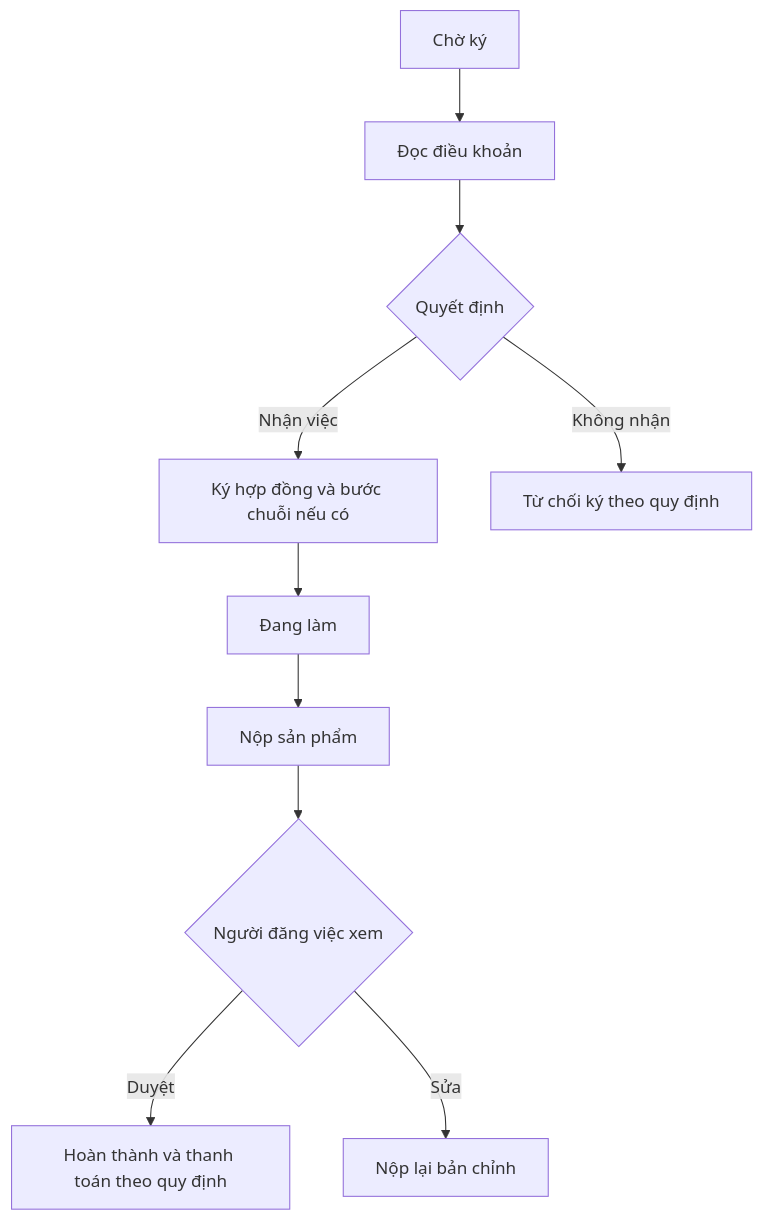
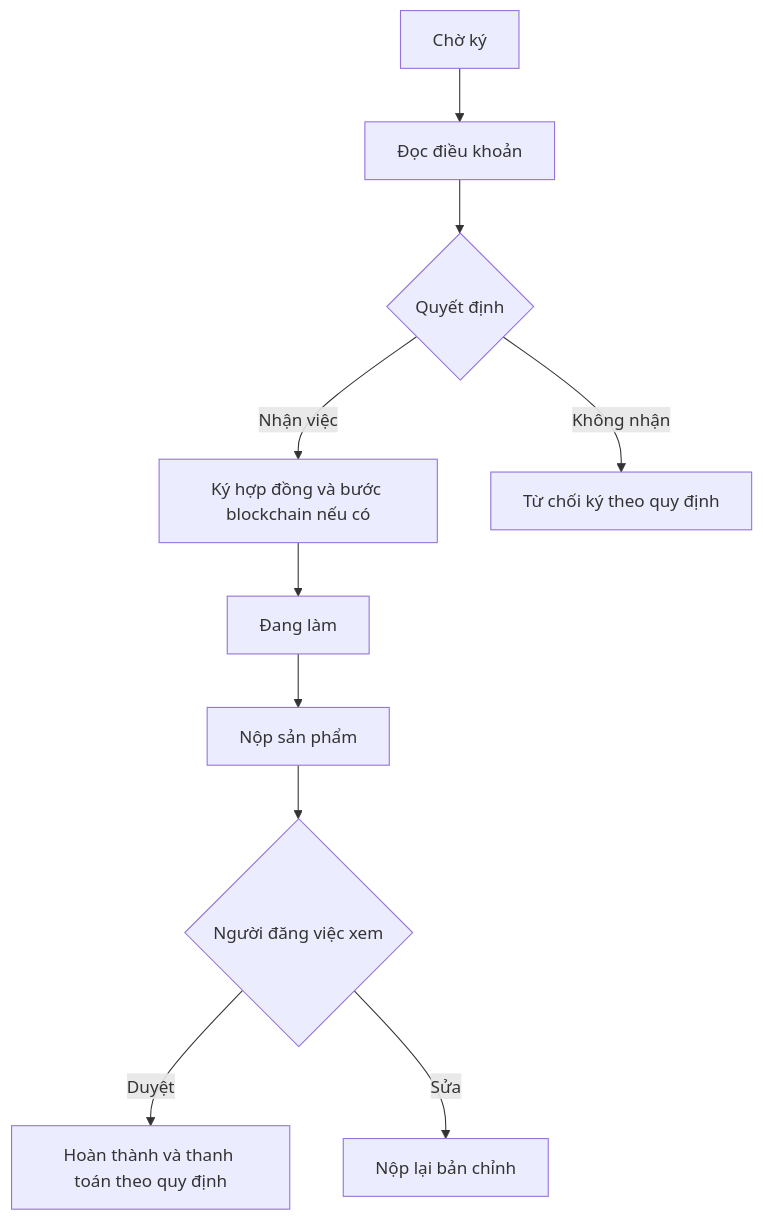
One commit to dmt041104111003/docs-nckh changed the third of 4 diagrams in freelancer.md. Above: the diagram before and after it, drawn with Mermaid. The commit also changed other lines of this file and 9 other files, not shown here.

````diff
--- a/freelancer.md
+++ b/freelancer.md
@@ -46,12 +64,12 @@
 ```mermaid
 flowchart TB
   A[Chờ ký] --> B[Đọc điều khoản]
   B --> C{Quyết định}
-  C -->|Nhận việc| D[Ký hợp đồng và bước chuỗi nếu có]
+  C -->|Nhận việc| D[Ký hợp đồng và bước blockchain nếu có]
   C -->|Không nhận| E[Từ chối ký theo quy định]
   D --> F[Đang làm]
   F --> G[Nộp sản phẩm]
   G --> H{Người đăng việc xem}
   H -->|Duyệt| I[Hoàn thành và thanh toán theo quy định]
   H -->|Sửa| J[Nộp lại bản chỉnh]
 ```
````
